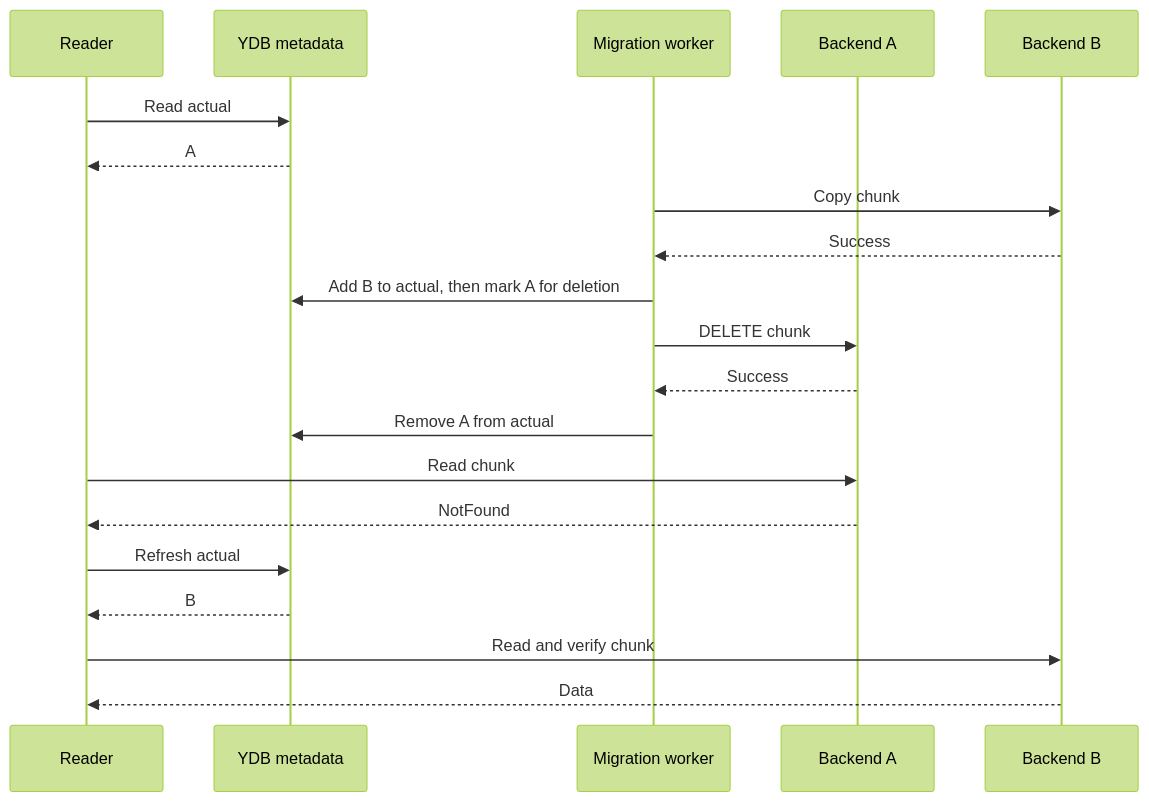
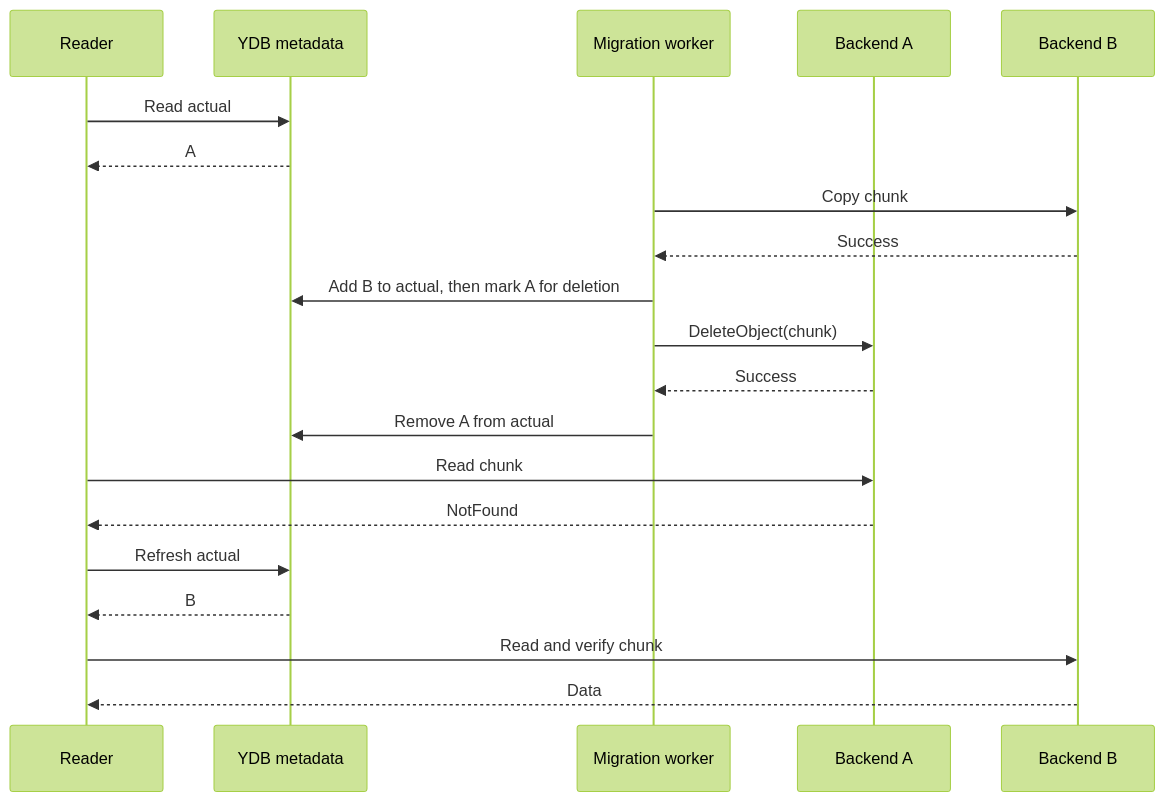
The fourth of 10 diagrams in doc/disk_manager/chunk_storage/design_doc.md (ydb-platform/nbs), drawn with Mermaid (forest theme) before and after one commit. The commit also changed other lines of this file, not shown here.

````diff
--- a/doc/disk_manager/chunk_storage/design_doc.md
+++ b/doc/disk_manager/chunk_storage/design_doc.md
@@ -168,22 +172,22 @@
 ```mermaid
 sequenceDiagram
     participant Reader
     participant DB as YDB metadata
     participant Task as Migration worker
     participant A as Backend A
     participant B as Backend B
     Reader->>DB: Read actual
     DB-->>Reader: A
     Task->>B: Copy chunk
     B-->>Task: Success
     Task->>DB: Add B to actual, then mark A for deletion
-    Task->>A: DELETE chunk
+    Task->>A: DeleteObject(chunk)
     A-->>Task: Success
     Task->>DB: Remove A from actual
     Reader->>A: Read chunk
     A-->>Reader: NotFound
     Reader->>DB: Refresh actual
     DB-->>Reader: B
     Reader->>B: Read and verify chunk
     B-->>Reader: Data
 ```
````
